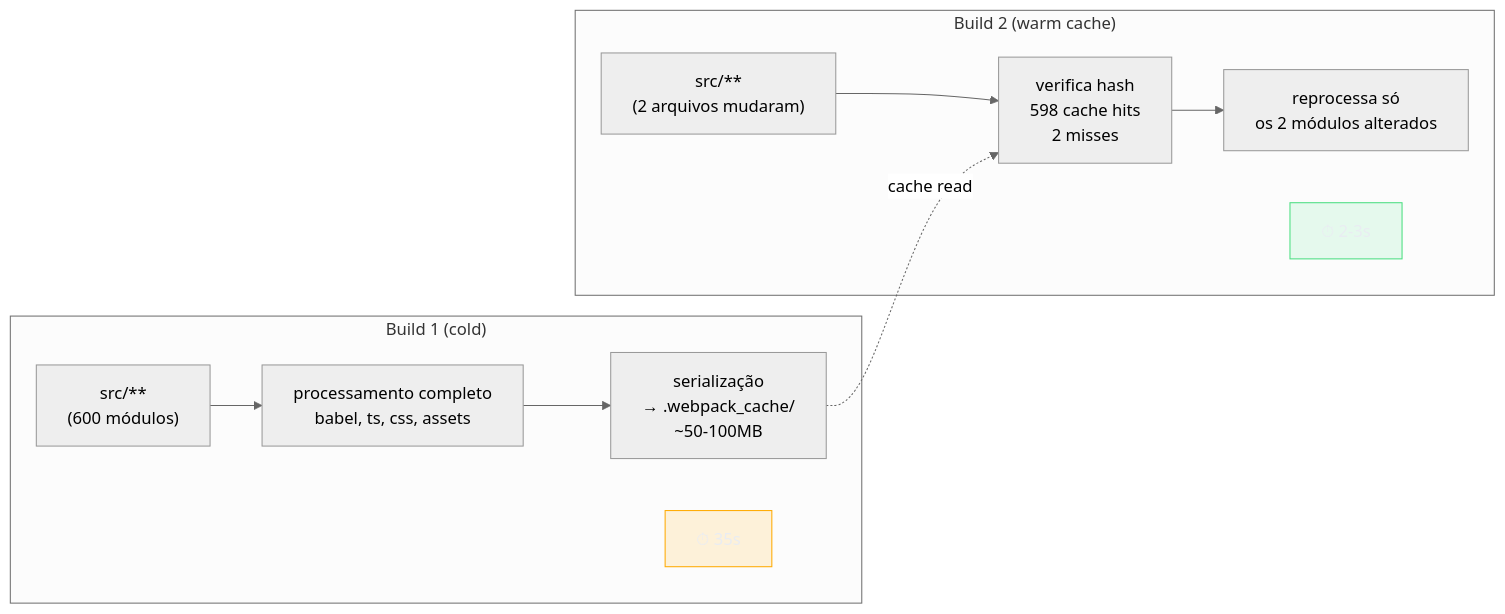
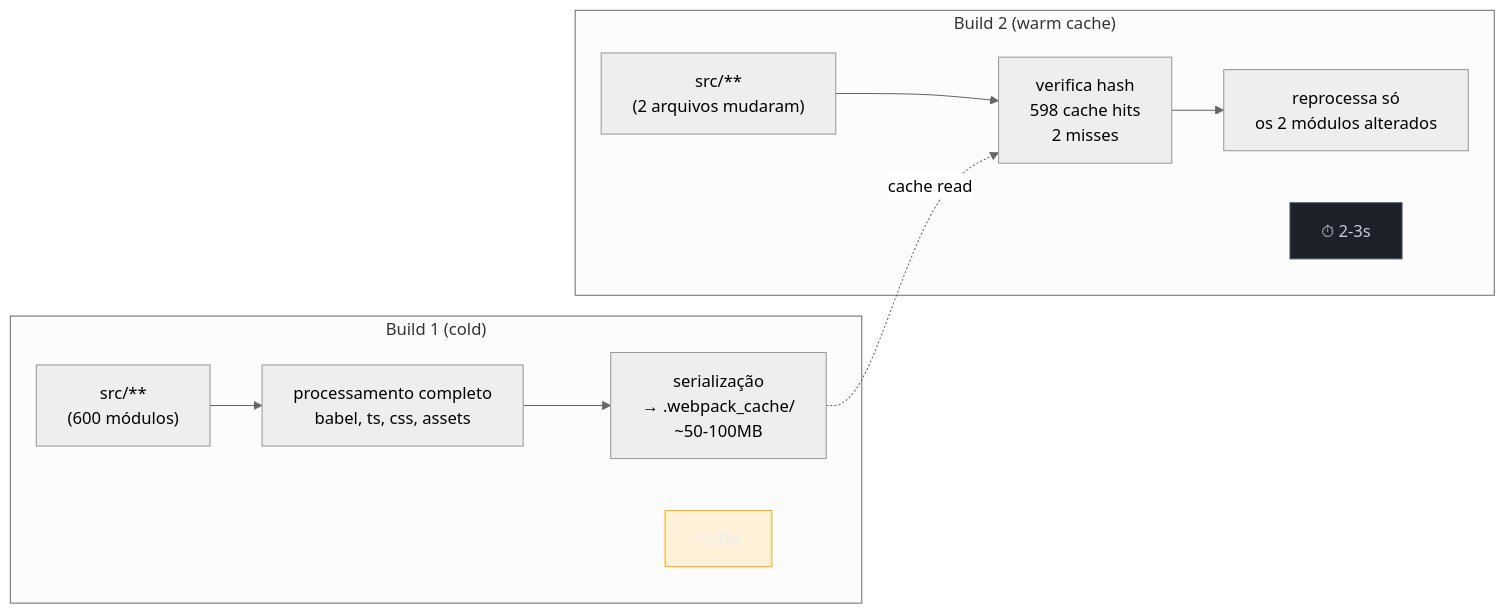
Before and after one commit to josenaldo/codex-technomanticus: the fifth of 10 diagrams in 03-Dominios/Tecnologia/Tooling e Build/11 - webpack - o veterano.md, drawn with Mermaid (neutral theme). The commit also changed other lines of this file and 601 other files, not shown here.

````diff
--- a/03-Dominios/Tecnologia/Tooling e Build/11 - webpack - o veterano.md
+++ b/03-Dominios/Tecnologia/Tooling e Build/11 - webpack - o veterano.md
@@ -449,25 +448,25 @@
 ```mermaid
 flowchart LR
+    classDef neutro fill:#1B2029,stroke:#4E5666,color:#C6CCD8
     classDef destaque fill:#FFAA0024,stroke:#FFAA00,color:#E9ECF2
-    classDef ok fill:#4ADE8021,stroke:#4ADE80,color:#E9ECF2
     subgraph "Build 1 (cold)"
         B1_SRC["src/**\n(600 módulos)"]
         B1_PROC["processamento completo\nbabel, ts, css, assets"]
         B1_CACHE["serialização\n→ .webpack_cache/\n~50-100MB"]
         B1_TIME["⏱ 35s"]
         B1_SRC --> B1_PROC --> B1_CACHE
     end
 
     subgraph "Build 2 (warm cache)"
         B2_SRC["src/**\n(2 arquivos mudaram)"]
         B2_CHECK["verifica hash\n598 cache hits\n2 misses"]
         B2_PROC["reprocessa só\nos 2 módulos alterados"]
         B2_TIME["⏱ 2-3s"]
         B2_SRC --> B2_CHECK --> B2_PROC
     end
 
     B1_CACHE -.->|"cache read"| B2_CHECK
 
     class B1_TIME destaque
-    class B2_TIME ok
+    class B2_TIME neutro
 ```
````
